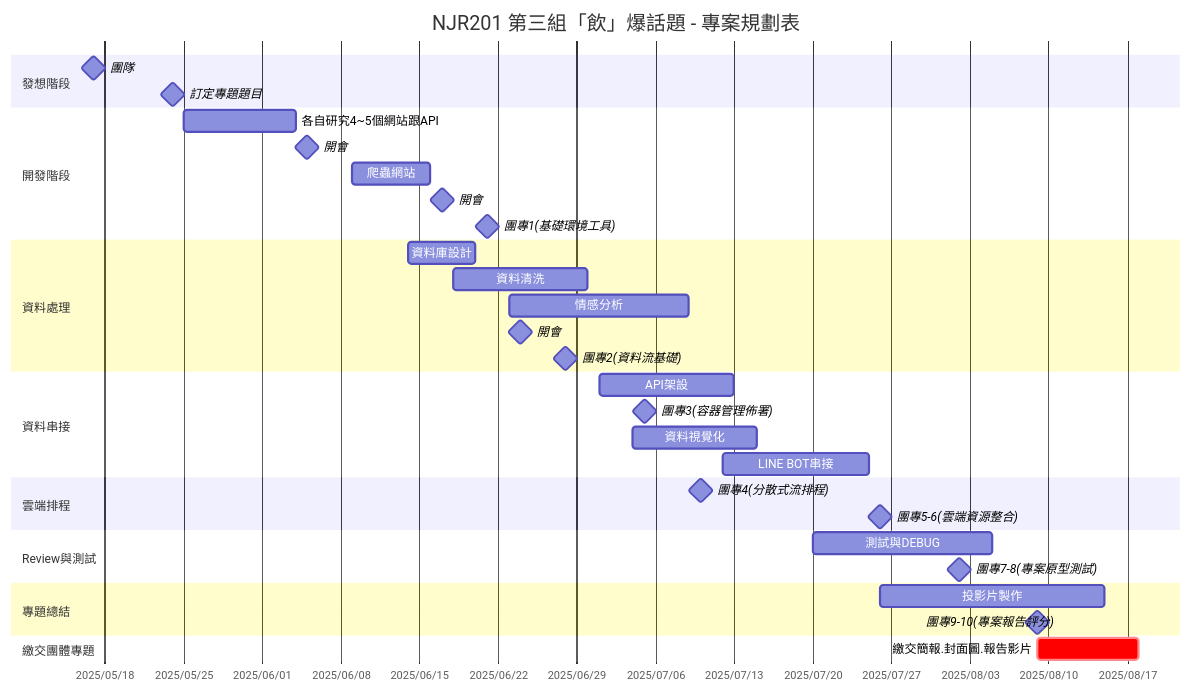
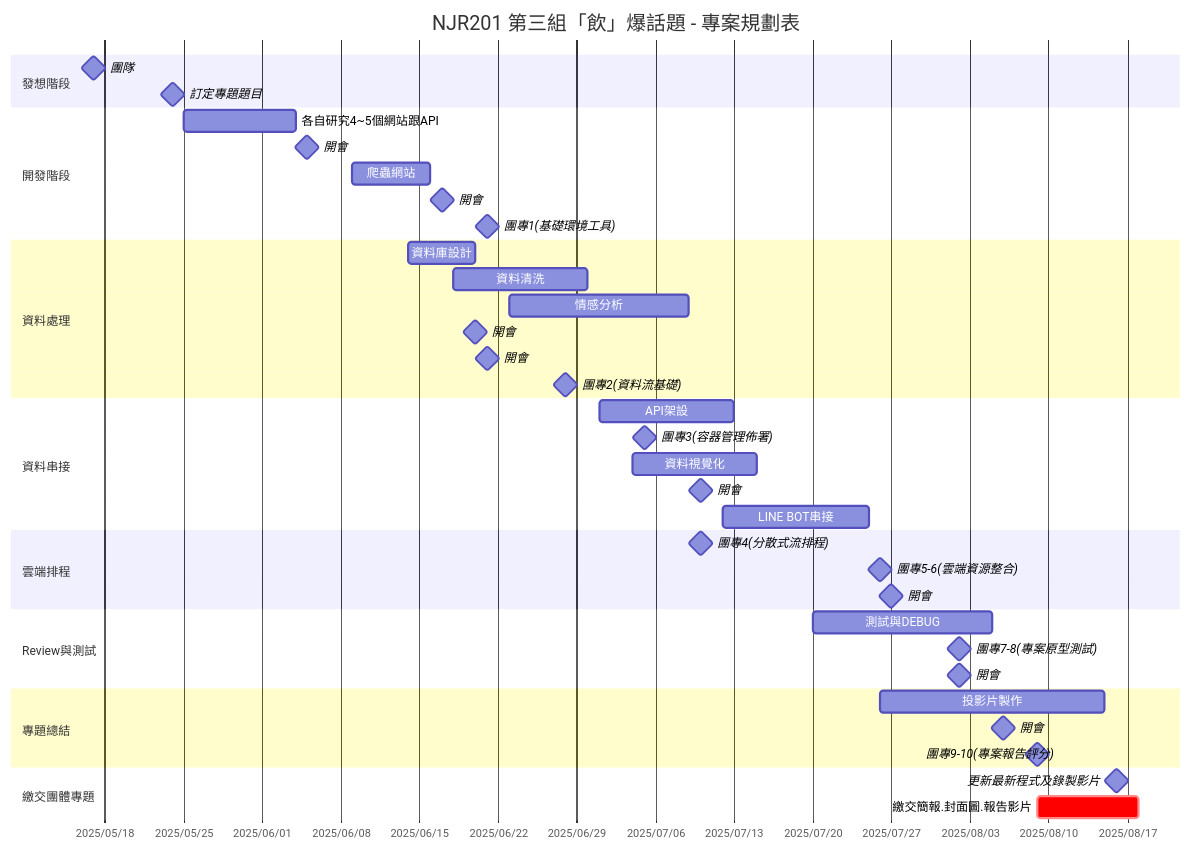
Before and after one commit to NJR201-social-media-analytics/.github: the diagram in profile/README.md, drawn with Mermaid.

Commit message:
更新時程表

````diff
--- a/profile/README.md
+++ b/profile/README.md
@@ -54,51 +54,58 @@
 ```mermaid
 
 gantt
     title NJR201 第三組「飲」爆話題 - 專案規劃表
     dateFormat  YYYY-MM-DD
     axisFormat %Y/%m/%d
     tickInterval 1week %% 預設好像就是一周，先寫著
     weekday monday %% 設定星期一
     %% 狀態_done完成_active進行中_crit關鍵路徑_milestone里程碑
     %% 緊湊_displayMode_compact
 
 
     section 發想階段
     團隊                    :milestone, 2025-05-17, 2025-05-17
     訂定專題題目             :milestone, 2025-05-24, 2025-05-24
 
     section 開發階段
     各自研究4~5個網站跟API   :           2025-05-25, 2025-06-04
     開會                     :milestone, 2025-06-05, 0d
     爬蟲網站                 :           2025-06-09, 2025-06-16
     開會                     :milestone, 2025-06-17, 0d
     團專1(基礎環境工具)      :milestone, 2025-06-21, 0d
 
     section 資料處理
     資料庫設計               :           2025-06-14, 2025-06-20
     資料清洗                 :           2025-06-18, 2025-06-30
     情感分析                 :           2025-06-23, 2025-07-09
-    開會                     :milestone, 2025-06-24, 0d
+    開會                     :milestone, 2025-06-20, 0d
+    開會                     :milestone, 2025-06-21, 0d
     團專2(資料流基礎)        :milestone, 2025-06-28, 0d
     
     section 資料串接
     API架設                  :           2025-07-01, 2025-07-13
     團專3(容器管理佈署)      :milestone, 2025-07-05, 0d
     資料視覺化               :           2025-07-04, 2025-07-15
+    開會                     :milestone, 2025-07-10, 0d
     LINE BOT串接             :           2025-07-12, 2025-07-25
 
     section 雲端排程
     團專4(分散式流排程)      :milestone, 2025-07-10, 0d
     團專5-6(雲端資源整合)    :milestone, 2025-07-26, 0d
+    開會                     :milestone, 2025-07-27, 0d
 
     section Review與測試
     測試與DEBUG              :           2025-07-20, 2025-08-05
     團專7-8(專案原型測試)    :milestone, 2025-08-02, 0d
+    開會                     :milestone, 2025-08-02, 0d
 
     section 專題總結
     投影片製作               :           2025-07-26, 2025-08-15
+    開會                     :milestone, 2025-08-06, 0d
     團專9-10(專案報告評分)   :milestone, 2025-08-09, 0d
 
+
     section 繳交團體專題
+    更新最新程式及錄製影片   :milestone, 2025-08-16, 0d
     繳交簡報.封面圖.報告影片 :     crit, 2025-08-09, 2025-08-18
 ```
````
